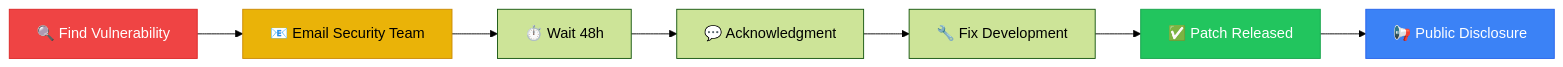
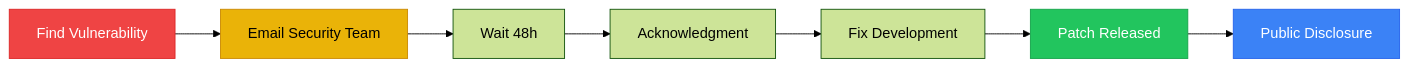
One commit to tian972k/micro-fontend-base changed the second of 2 diagrams in SECURITY.md. Above: the diagram before and after it, drawn with Mermaid (forest theme). The commit also changed other lines of this file and 2 other files, not shown here.

Commit message:
fix: remove emojis from Mermaid diagrams to prevent parsing errors

````diff
--- a/SECURITY.md
+++ b/SECURITY.md
@@ -64,14 +64,14 @@
 ```mermaid
 flowchart LR
-    A[🔍 Find Vulnerability] --> B[📧 Email Security Team]
-    B --> C[⏱️ Wait 48h]
-    C --> D[💬 Acknowledgment]
-    D --> E[🔧 Fix Development]
-    E --> F[✅ Patch Released]
-    F --> G[📢 Public Disclosure]
+    A[Find Vulnerability] --> B[Email Security Team]
+    B --> C[Wait 48h]
+    C --> D[Acknowledgment]
+    D --> E[Fix Development]
+    E --> F[Patch Released]
+    F --> G[Public Disclosure]
 
     style A fill:#ef4444,stroke:#dc2626,color:#fff
     style B fill:#eab308,stroke:#ca8a04,color:#000
     style F fill:#22c55e,stroke:#16a34a,color:#fff
     style G fill:#3b82f6,stroke:#2563eb,color:#fff
 ```
````
